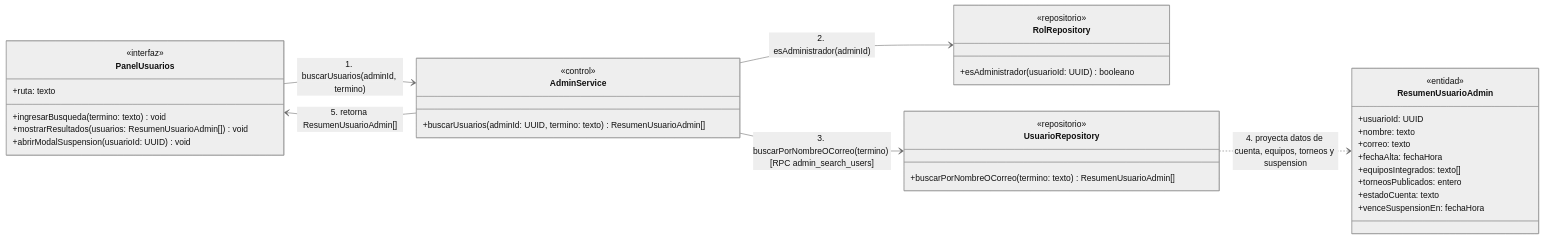
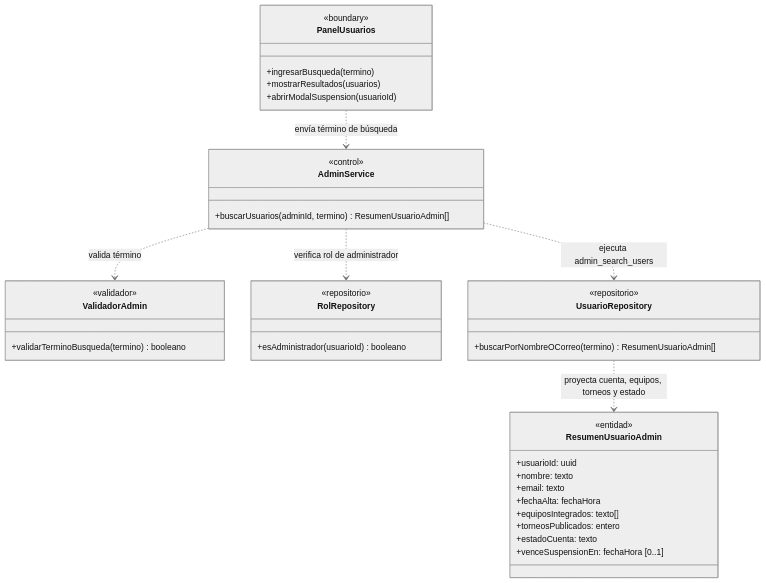
Before and after one commit to nicqletal/torneos-scraper: the seventh of 7 diagrams in docs/diagramas-de-clase/administracion.md, drawn with Mermaid (neutral theme). The commit also changed other lines of this file and 12 other files, not shown here.

Commit message:
Correcion Diagramas de Clase

````diff
--- a/docs/diagramas-de-clase/administracion.md
+++ b/docs/diagramas-de-clase/administracion.md
@@ -486,45 +493,42 @@
 ```mermaid
 classDiagram
-    direction LR
-
-    class PanelUsuarios {
-        <<interfaz>>
-        +ruta: texto
-        +ingresarBusqueda(termino: texto) void
-        +mostrarResultados(usuarios: ResumenUsuarioAdmin[]) void
-        +abrirModalSuspension(usuarioId: UUID) void
-    }
-
-    class AdminService {
-        <<control>>
-        +buscarUsuarios(adminId: UUID, termino: texto) ResumenUsuarioAdmin[]
-    }
-
-    class RolRepository {
-        <<repositorio>>
-        +esAdministrador(usuarioId: UUID) booleano
-    }
-
-    class UsuarioRepository {
-        <<repositorio>>
-        +buscarPorNombreOCorreo(termino: texto) ResumenUsuarioAdmin[]
-    }
-
-    class ResumenUsuarioAdmin {
-        <<entidad>>
-        +usuarioId: UUID
-        +nombre: texto
-        +correo: texto
-        +fechaAlta: fechaHora
-        +equiposIntegrados: texto[]
-        +torneosPublicados: entero
-        +estadoCuenta: texto
-        +venceSuspensionEn: fechaHora
-    }
-
-    PanelUsuarios --> AdminService : 1. buscarUsuarios(adminId, termino)
-    AdminService --> RolRepository : 2. esAdministrador(adminId)
-    AdminService --> UsuarioRepository : 3. buscarPorNombreOCorreo(termino) [RPC admin_search_users]
-    UsuarioRepository ..> ResumenUsuarioAdmin : 4. proyecta datos de cuenta, equipos, torneos y suspension
-    AdminService --> PanelUsuarios : 5. retorna ResumenUsuarioAdmin[]
+direction TB
+class PanelUsuarios {
+  <<boundary>>
+  +ingresarBusqueda(termino)
+  +mostrarResultados(usuarios)
+  +abrirModalSuspension(usuarioId)
+}
+class AdminService {
+  <<control>>
+  +buscarUsuarios(adminId, termino) ResumenUsuarioAdmin[]
+}
+class ValidadorAdmin {
+  <<validador>>
+  +validarTerminoBusqueda(termino) booleano
+}
+class RolRepository {
+  <<repositorio>>
+  +esAdministrador(usuarioId) booleano
+}
+class UsuarioRepository {
+  <<repositorio>>
+  +buscarPorNombreOCorreo(termino) ResumenUsuarioAdmin[]
+}
+class ResumenUsuarioAdmin {
+  <<entidad>>
+  +usuarioId: uuid
+  +nombre: texto
+  +email: texto
+  +fechaAlta: fechaHora
+  +equiposIntegrados: texto[]
+  +torneosPublicados: entero
+  +estadoCuenta: texto
+  +venceSuspensionEn: fechaHora [0..1]
+}
+PanelUsuarios ..> AdminService : envía término de búsqueda
+AdminService ..> ValidadorAdmin : valida término
+AdminService ..> RolRepository : verifica rol de administrador
+AdminService ..> UsuarioRepository : ejecuta admin_search_users
+UsuarioRepository ..> ResumenUsuarioAdmin : proyecta cuenta, equipos, torneos y estado
 ```
````
